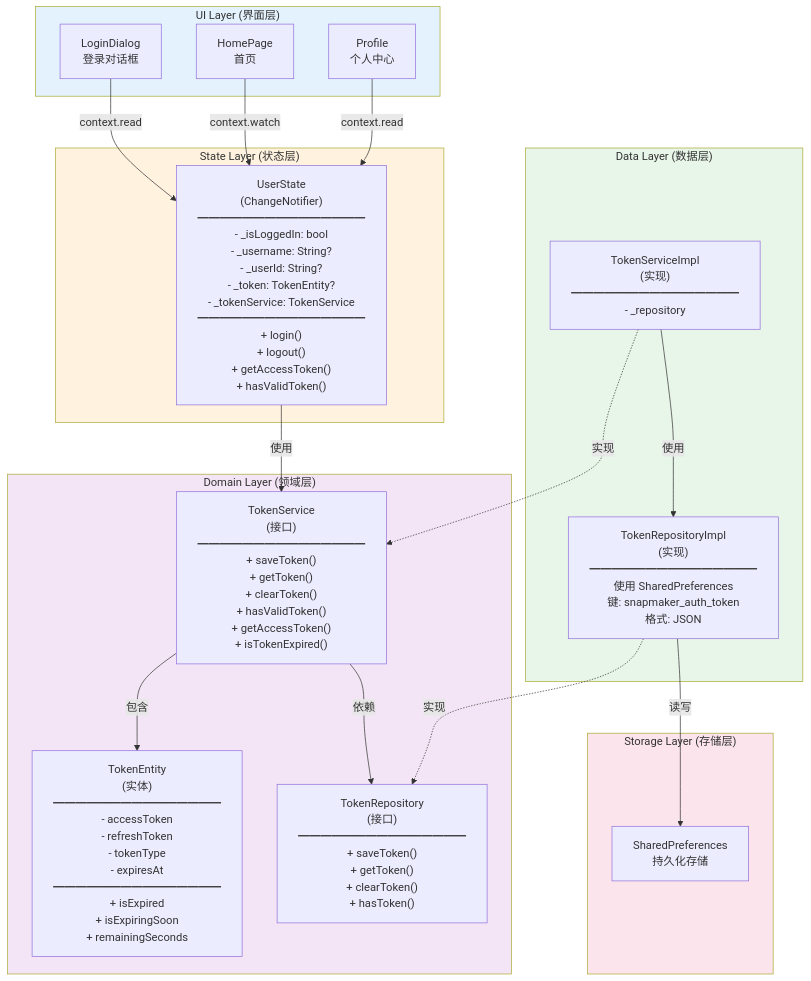
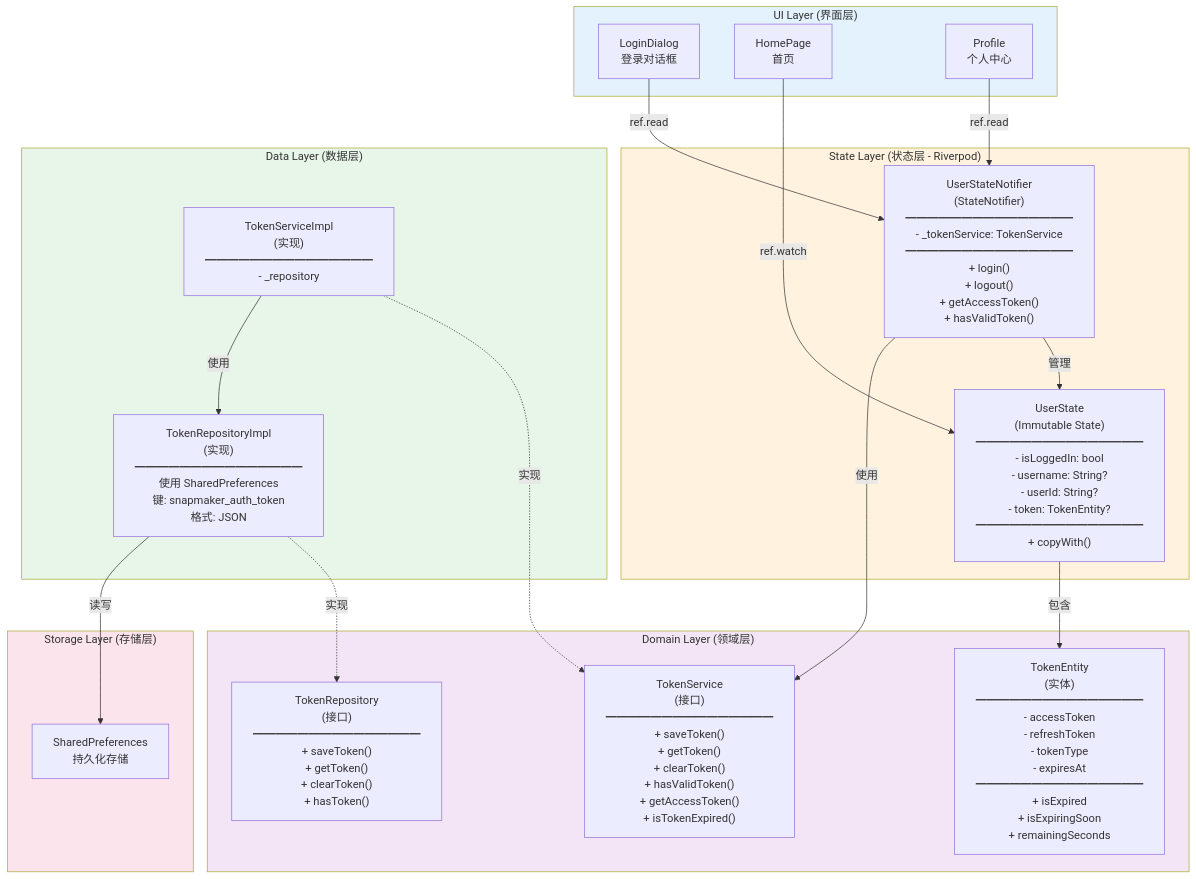
One commit to jianguofan/flutter_zero_copy changed the first of 12 diagrams in docs/AUTH_STATE_MERMAID_DIAGRAM.md. Above: the diagram before and after it, drawn with Mermaid. The commit also changed other lines of this file, not shown here.

First line of the commit message:
docs: 更新 AUTH_STATE_MERMAID_DIAGRAM.md 使用 Riverpod 术语

````diff
--- a/docs/AUTH_STATE_MERMAID_DIAGRAM.md
+++ b/docs/AUTH_STATE_MERMAID_DIAGRAM.md
@@ -13,51 +13,53 @@
 ```mermaid
 graph TB
     subgraph UI["UI Layer (界面层)"]
         LoginDialog["LoginDialog<br/>登录对话框"]
         HomePage["HomePage<br/>首页"]
         Profile["Profile<br/>个人中心"]
     end
     
-    subgraph State["State Layer (状态层)"]
-        UserState["UserState<br/>(ChangeNotifier)<br/>━━━━━━━━━━━━━━━<br/>- _isLoggedIn: bool<br/>- _username: String?<br/>- _userId: String?<br/>- _token: TokenEntity?<br/>- _tokenService: TokenService<br/>━━━━━━━━━━━━━━━<br/>+ login()<br/>+ logout()<br/>+ getAccessToken()<br/>+ hasValidToken()"]
+    subgraph State["State Layer (状态层 - Riverpod)"]
+        UserState["UserState<br/>(Immutable State)<br/>━━━━━━━━━━━━━━━<br/>- isLoggedIn: bool<br/>- username: String?<br/>- userId: String?<br/>- token: TokenEntity?<br/>━━━━━━━━━━━━━━━<br/>+ copyWith()"]
+        
+        UserStateNotifier["UserStateNotifier<br/>(StateNotifier)<br/>━━━━━━━━━━━━━━━<br/>- _tokenService: TokenService<br/>━━━━━━━━━━━━━━━<br/>+ login()<br/>+ logout()<br/>+ getAccessToken()<br/>+ hasValidToken()"]
     end
     
     subgraph Domain["Domain Layer (领域层)"]
         TokenService["TokenService<br/>(接口)<br/>━━━━━━━━━━━━━━━<br/>+ saveToken()<br/>+ getToken()<br/>+ clearToken()<br/>+ hasValidToken()<br/>+ getAccessToken()<br/>+ isTokenExpired()"]
         
         TokenEntity["TokenEntity<br/>(实体)<br/>━━━━━━━━━━━━━━━<br/>- accessToken<br/>- refreshToken<br/>- tokenType<br/>- expiresAt<br/>━━━━━━━━━━━━━━━<br/>+ isExpired<br/>+ isExpiringSoon<br/>+ remainingSeconds"]
         
         TokenRepo["TokenRepository<br/>(接口)<br/>━━━━━━━━━━━━━━━<br/>+ saveToken()<br/>+ getToken()<br/>+ clearToken()<br/>+ hasToken()"]
     end
     
     subgraph Data["Data Layer (数据层)"]
         TokenServiceImpl["TokenServiceImpl<br/>(实现)<br/>━━━━━━━━━━━━━━━<br/>- _repository"]
         
         TokenRepoImpl["TokenRepositoryImpl<br/>(实现)<br/>━━━━━━━━━━━━━━━<br/>使用 SharedPreferences<br/>键: snapmaker_auth_token<br/>格式: JSON"]
     end
     
     subgraph Storage["Storage Layer (存储层)"]
         SharedPrefs["SharedPreferences<br/>持久化存储"]
     end
     
-    LoginDialog -->|context.read| UserState
-    HomePage -->|context.watch| UserState
-    Profile -->|context.read| UserState
+    LoginDialog -->|ref.read| UserStateNotifier
+    HomePage -->|ref.watch| UserState
+    Profile -->|ref.read| UserStateNotifier
     
-    UserState -->|使用| TokenService
+    UserStateNotifier -->|管理| UserState
     
-    TokenService -->|包含| TokenEntity
-    TokenService -->|依赖| TokenRepo
+    UserState -->|包含| TokenEntity
+    UserStateNotifier -->|使用| TokenService
     
     TokenServiceImpl -.实现.-> TokenService
     TokenRepoImpl -.实现.-> TokenRepo
     
     TokenServiceImpl -->|使用| TokenRepoImpl
     TokenRepoImpl -->|读写| SharedPrefs
     
     style UI fill:#e3f2fd
     style State fill:#fff3e0
     style Domain fill:#f3e5f5
     style Data fill:#e8f5e9
     style Storage fill:#fce4ec
 ```
````
